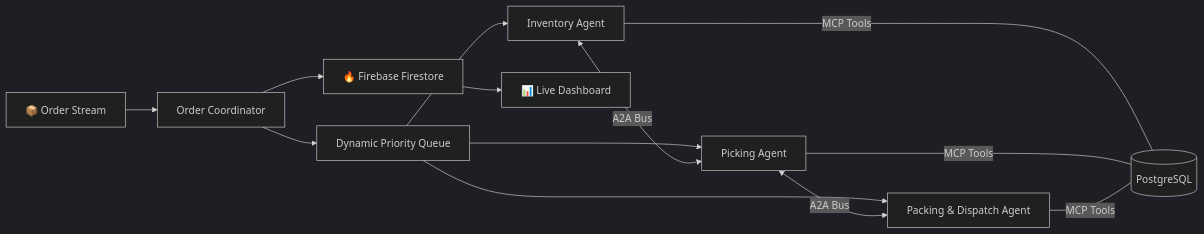
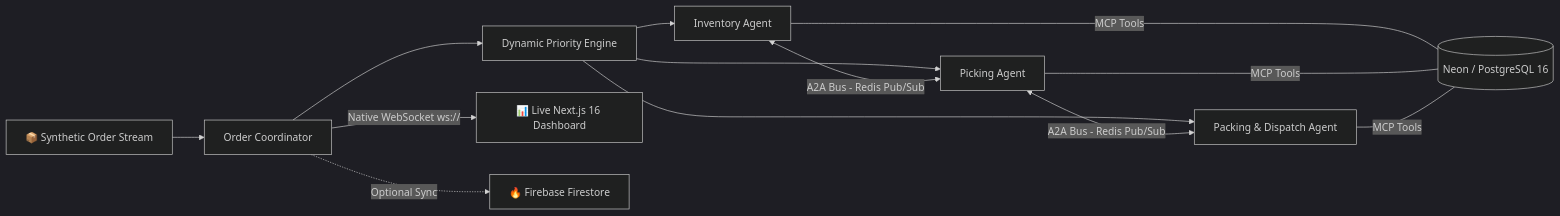
Before and after one commit to Maharshi-Paul/a2a-digital-twin: the first of 2 diagrams in README.md, drawn with Mermaid (dark theme). The commit also changed other lines of this file, not shown here.

````diff
--- a/README.md
+++ b/README.md
@@ -51,15 +67,15 @@
 ```mermaid
 graph LR
-    A[📦 Order Stream] --> B[Order Coordinator]
-    B --> C[Dynamic Priority Queue]
+    A[📦 Synthetic Order Stream] --> B[Order Coordinator]
+    B --> C[Dynamic Priority Engine]
     C --> D[Inventory Agent]
     C --> E[Picking Agent]
     C --> F[Packing & Dispatch Agent]
-    D <-->|A2A Bus| E
-    E <-->|A2A Bus| F
-    D ---|MCP Tools| G[(PostgreSQL)]
+    D <-->|A2A Bus - Redis Pub/Sub| E
+    E <-->|A2A Bus - Redis Pub/Sub| F
+    D ---|MCP Tools| G[(Neon / PostgreSQL 16)]
     E ---|MCP Tools| G
     F ---|MCP Tools| G
-    B --> H[🔥 Firebase Firestore]
-    H --> I[📊 Live Dashboard]
+    B -->|Native WebSocket ws://| H[📊 Live Next.js 16 Dashboard]
+    B -.->|Optional Sync| I[🔥 Firebase Firestore]
 ```
````
